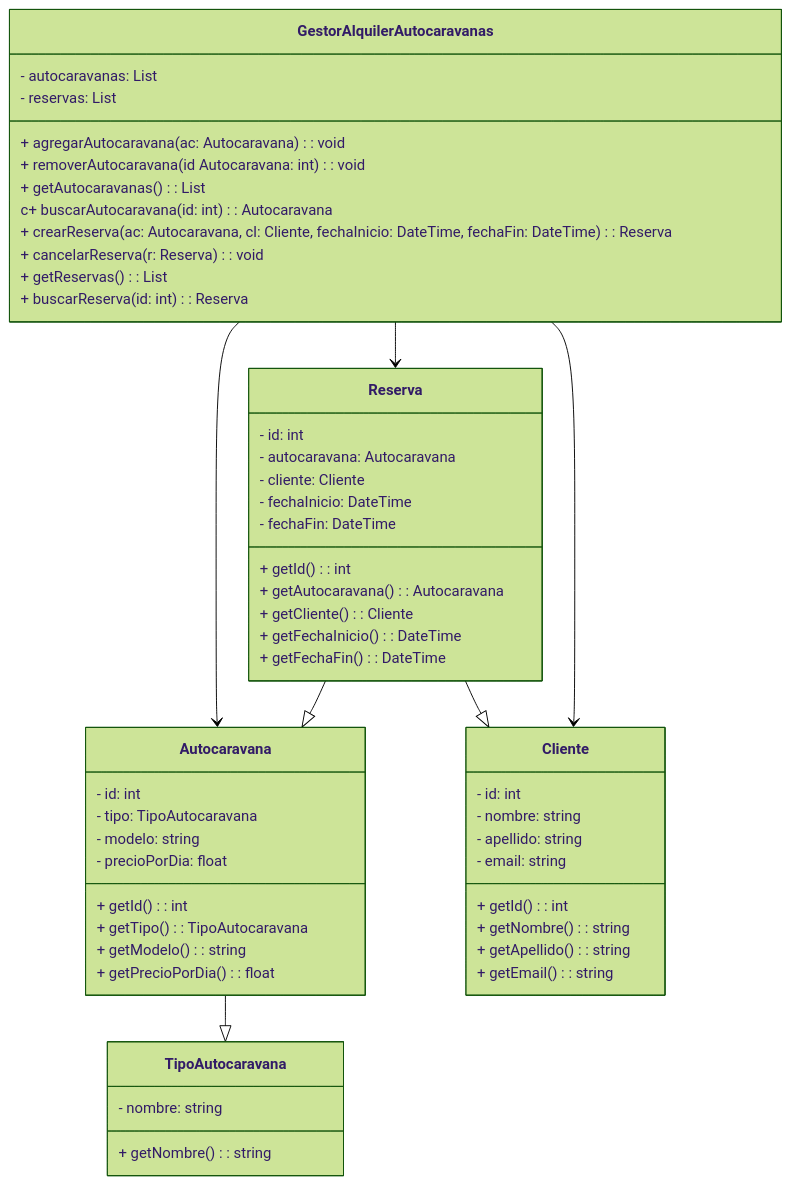
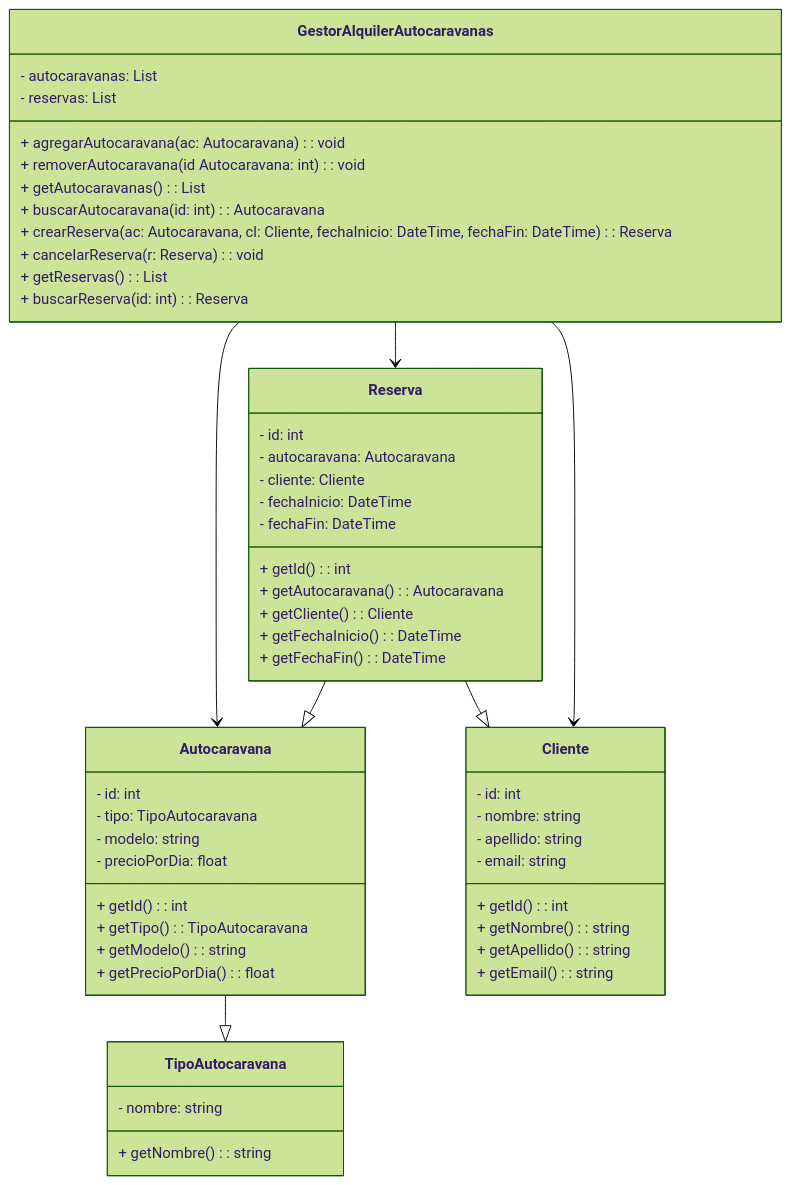
One commit to craboftw/KrenkoAutos changed the diagram in README.md. Above: the diagram before and after it, drawn with Mermaid (forest theme). The commit also changed 5 other files, not shown here.

````diff
--- a/README.md
+++ b/README.md
@@ -20,64 +20,64 @@
 ```mermaid
 classDiagram
     class Autocaravana {
         - id: int
         - tipo: TipoAutocaravana
         - modelo: string
         - precioPorDia: float
         + getId(): int
         + getTipo(): TipoAutocaravana
         + getModelo(): string
         + getPrecioPorDia(): float
     }
 
     class TipoAutocaravana {
         - nombre: string
         + getNombre(): string
     }
 
     class Cliente {
         - id: int
         - nombre: string
         - apellido: string
         - email: string
         + getId(): int
         + getNombre(): string
         + getApellido(): string
         + getEmail(): string
     }
 
     class Reserva {
         - id: int
         - autocaravana: Autocaravana
         - cliente: Cliente
         - fechaInicio: DateTime
         - fechaFin: DateTime
         + getId(): int
         + getAutocaravana(): Autocaravana
         + getCliente(): Cliente
         + getFechaInicio(): DateTime
         + getFechaFin(): DateTime
 
 
     }
 
     class GestorAlquilerAutocaravanas {
         - autocaravanas: List<Autocaravana>
         - reservas: List<Reserva>
         + agregarAutocaravana(ac: Autocaravana): void
         + removerAutocaravana(id Autocaravana: int): void
         + getAutocaravanas(): List<Autocaravana>
-        c+ buscarAutocaravana(id: int): Autocaravana
+        + buscarAutocaravana(id: int): Autocaravana
         + crearReserva(ac: Autocaravana, cl: Cliente, fechaInicio: DateTime, fechaFin: DateTime): Reserva
         + cancelarReserva(r: Reserva): void
         + getReservas(): List<Reserva>
         + buscarReserva(id: int): Reserva
     }
 
     Autocaravana --|> TipoAutocaravana
     Reserva --|> Autocaravana
     Reserva --|> Cliente
     GestorAlquilerAutocaravanas --> Autocaravana
     GestorAlquilerAutocaravanas --> Reserva
     GestorAlquilerAutocaravanas --> Cliente
 ```
````
